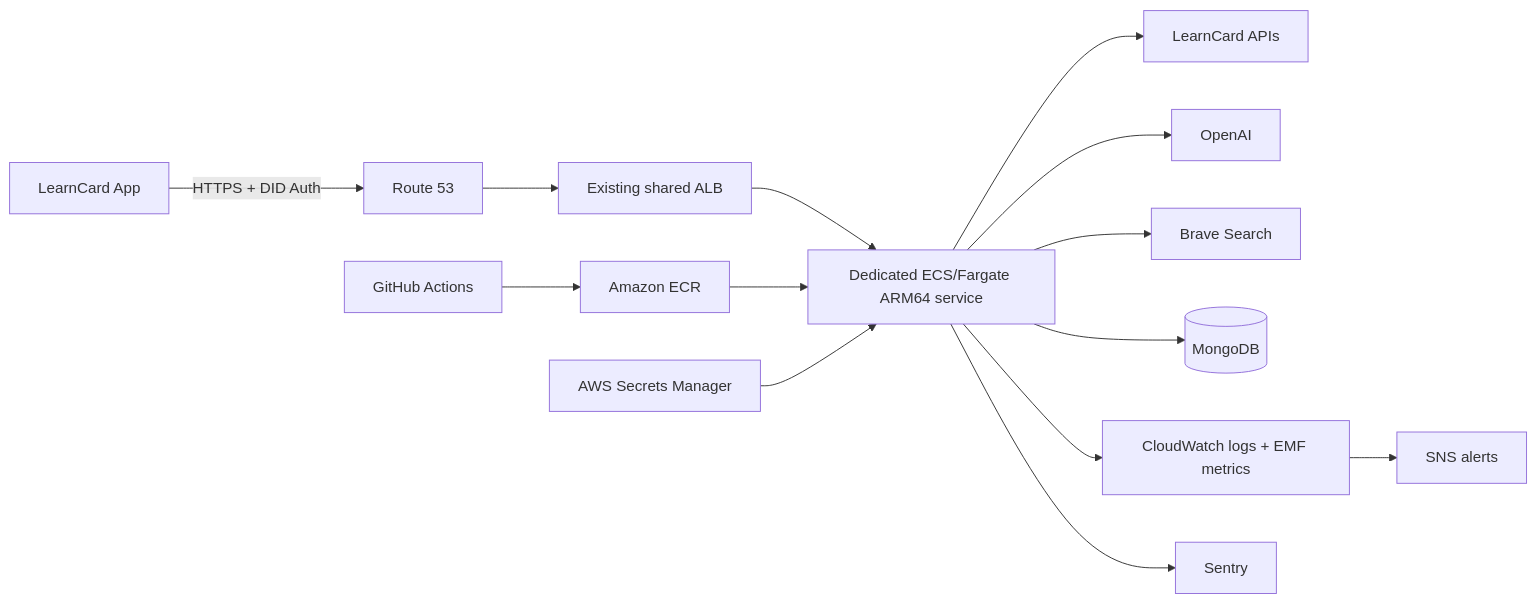
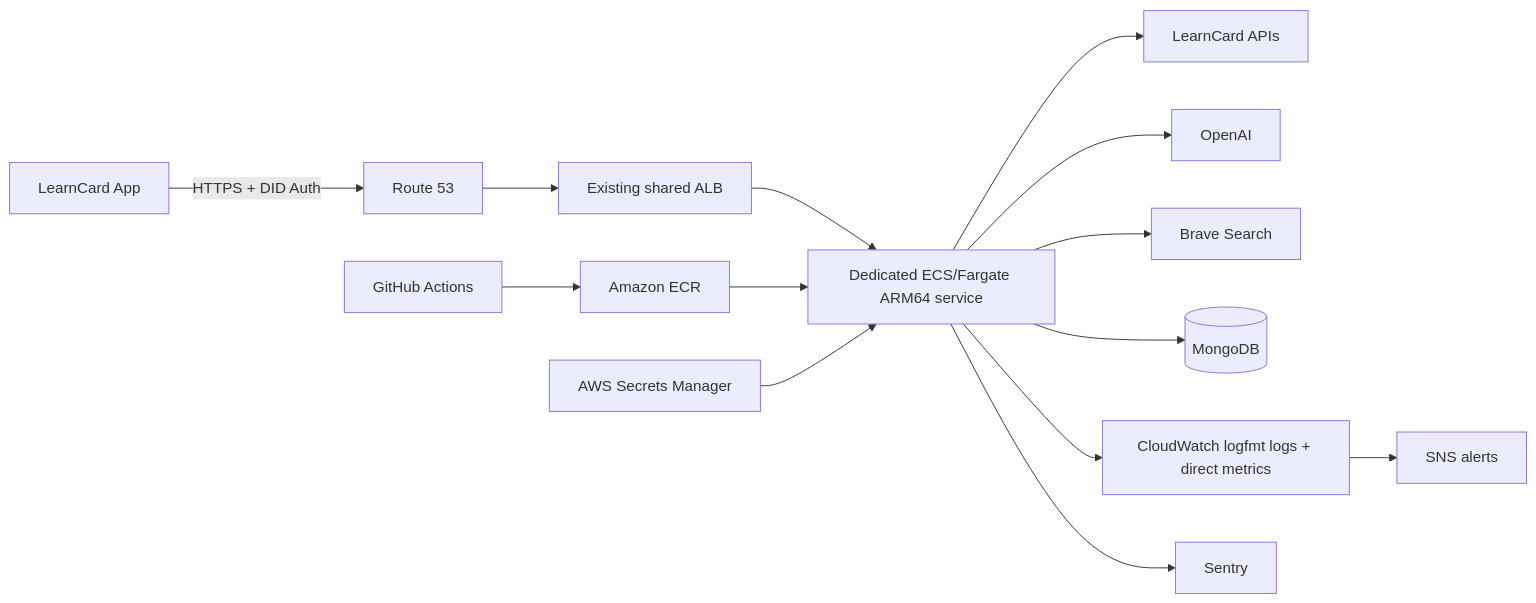
Before and after one commit to learningeconomy/LearnCard: the diagram in services/learn-card-network/ai-agent/RUNBOOK.md, drawn with Mermaid. The commit also changed other lines of this file and 22 other files, not shown here.

````diff
--- a/services/learn-card-network/ai-agent/RUNBOOK.md
+++ b/services/learn-card-network/ai-agent/RUNBOOK.md
@@ -7,16 +7,16 @@
 ```mermaid
 flowchart LR
     LCA[LearnCard App] -->|HTTPS + DID Auth| R53[Route 53]
     R53 --> ALB[Existing shared ALB]
     ALB --> ECS[Dedicated ECS/Fargate ARM64 service]
     ECS --> LC[LearnCard APIs]
     ECS --> OA[OpenAI]
     ECS --> BS[Brave Search]
     ECS --> DB[(MongoDB)]
-    ECS --> CW[CloudWatch logs + EMF metrics]
+    ECS --> CW[CloudWatch logfmt logs + direct metrics]
     ECS --> SE[Sentry]
     GH[GitHub Actions] --> ECR[Amazon ECR]
     ECR --> ECS
     SM[AWS Secrets Manager] --> ECS
     CW --> SNS[SNS alerts]
 ```
````
